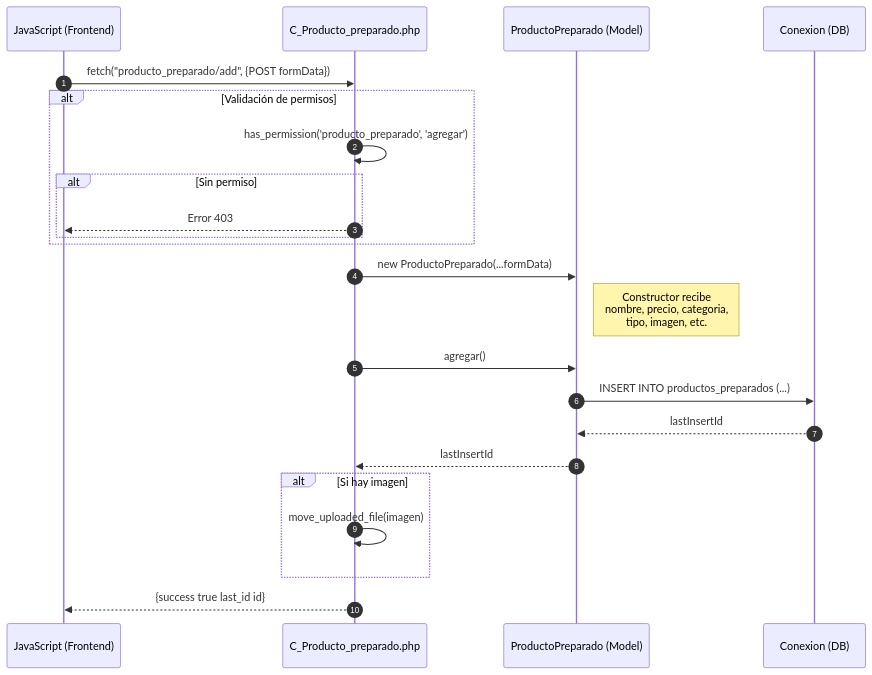
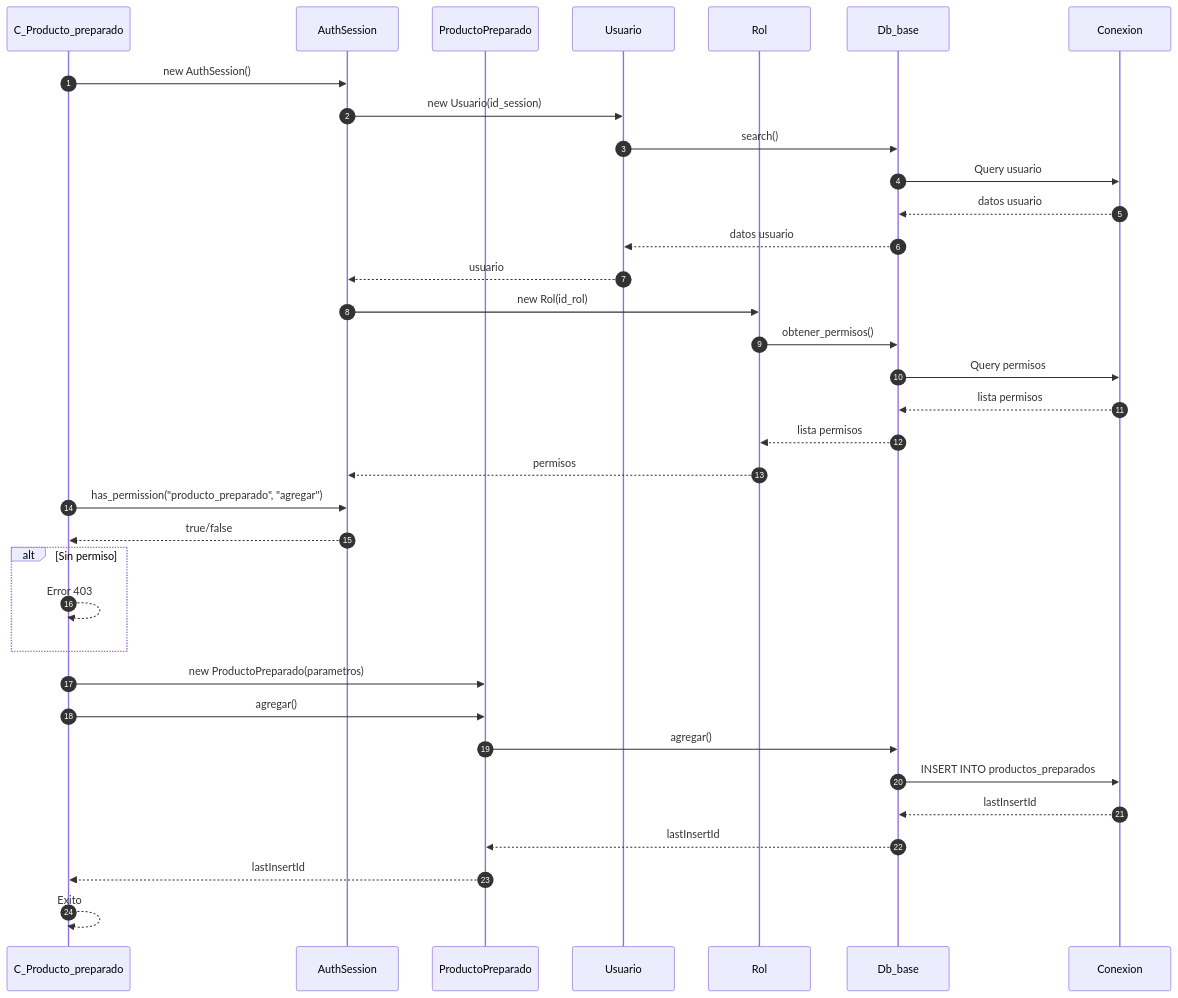
The first of 4 diagrams in docs/secuencia/productos/producto_preparado.md (Tecrato/BurgerHouse), drawn with Mermaid before and after one commit. The commit also changed other lines of this file and 13 other files, not shown here.

First line of the commit message:
diagramas actualizaos

````diff
--- a/docs/secuencia/productos/producto_preparado.md
+++ b/docs/secuencia/productos/producto_preparado.md
@@ -5,31 +5,43 @@
 ```mermaid
 sequenceDiagram
     autonumber
-    participant JS as JavaScript (Frontend)
-    participant C_Producto_preparado as C_Producto_preparado.php
-    participant ProductoPreparado as ProductoPreparado (Model)
-    participant DB as Conexion (DB)
+    participant C_Producto_preparado as C_Producto_preparado
+    participant AuthSession as AuthSession
+    participant ProductoPreparado as ProductoPreparado
+    participant Usuario as Usuario
+    participant Rol as Rol
+    participant Db_base as Db_base
+    participant Conexion as Conexion
     
-    JS->>C_Producto_preparado: fetch("producto_preparado/add", {POST formData})
+    C_Producto_preparado->>AuthSession: new AuthSession()
+    AuthSession->>Usuario: new Usuario(id_session)
+    Usuario->>Db_base: search()
+    Db_base->>Conexion: Query usuario
+    Conexion-->>Db_base: datos usuario
+    Db_base-->>Usuario: datos usuario
+    Usuario-->>AuthSession: usuario
     
-    alt Validación de permisos
-        C_Producto_preparado->>C_Producto_preparado: has_permission('producto_preparado', 'agregar')
-        alt Sin permiso
-            C_Producto_preparado-->>JS: Error 403
-        end
+    AuthSession->>Rol: new Rol(id_rol)
+    Rol->>Db_base: obtener_permisos()
+    Db_base->>Conexion: Query permisos
+    Conexion-->>Db_base: lista permisos
+    Db_base-->>Rol: lista permisos
+    Rol-->>AuthSession: permisos
+    
+    C_Producto_preparado->>AuthSession: has_permission("producto_preparado", "agregar")
+    AuthSession-->>C_Producto_preparado: true/false
+    
+    alt Sin permiso
+        C_Producto_preparado-->>C_Producto_preparado: Error 403
     end
     
-    C_Producto_preparado->>ProductoPreparado: new ProductoPreparado(...formData)
-    Note right of ProductoPreparado: Constructor recibe<br/>nombre, precio, categoria,<br/>tipo, imagen, etc.
-    
+    C_Producto_preparado->>ProductoPreparado: new ProductoPreparado(parametros)
     C_Producto_preparado->>ProductoPreparado: agregar()
-    ProductoPreparado->>DB: INSERT INTO productos_preparados (...)
-    DB-->>ProductoPreparado: lastInsertId
+    ProductoPreparado->>Db_base: agregar()
+    Db_base->>Conexion: INSERT INTO productos_preparados
+    Conexion-->>Db_base: lastInsertId
+    Db_base-->>ProductoPreparado: lastInsertId
     ProductoPreparado-->>C_Producto_preparado: lastInsertId
     
-    alt Si hay imagen
-        C_Producto_preparado->>C_Producto_preparado: move_uploaded_file(imagen)
-    end
-    
-    C_Producto_preparado-->>JS: {success true last_id id}
+    C_Producto_preparado-->>C_Producto_preparado: Exito
 ```
````
